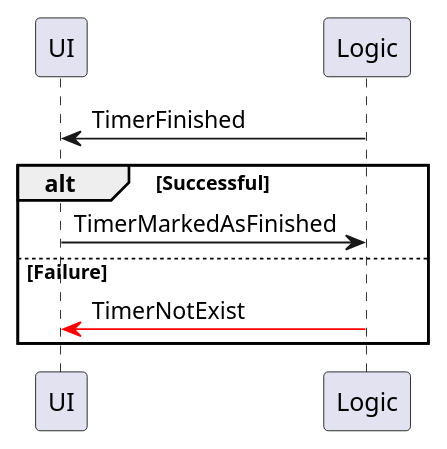
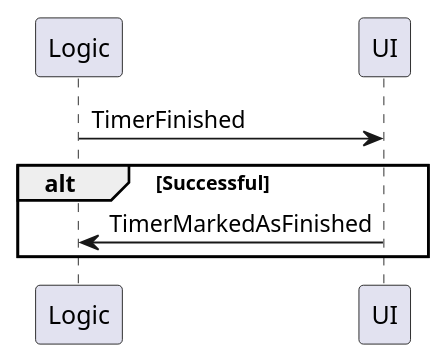
Before and after one commit to tomekbielaszewski/multitimer2: the diagram in docs/TimerFinished.puml, drawn with PlantUML. The commit also changed 1 other file, not shown here.

Commit message:
updated timer finished flow

```diff
--- a/docs/TimerFinished.puml
+++ b/docs/TimerFinished.puml
@@ -1,8 +1,6 @@
 @startuml
-UI <- Logic: TimerFinished
+Logic -> UI: TimerFinished
 alt Successful
 UI -> Logic: TimerMarkedAsFinished
-else Failure
-Logic -[#red]> UI: TimerNotExist
 end
 @enduml
```
